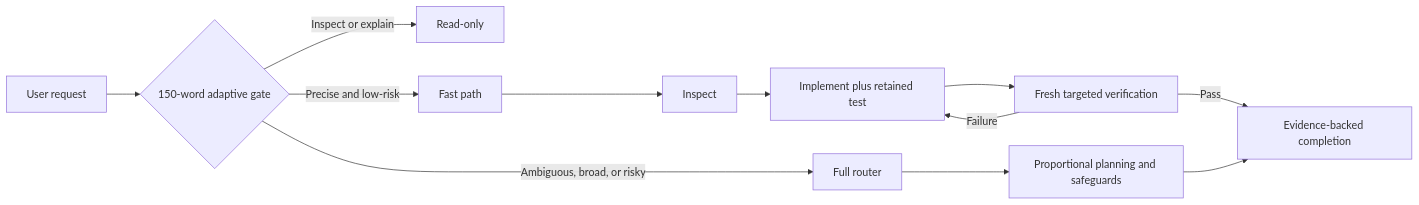
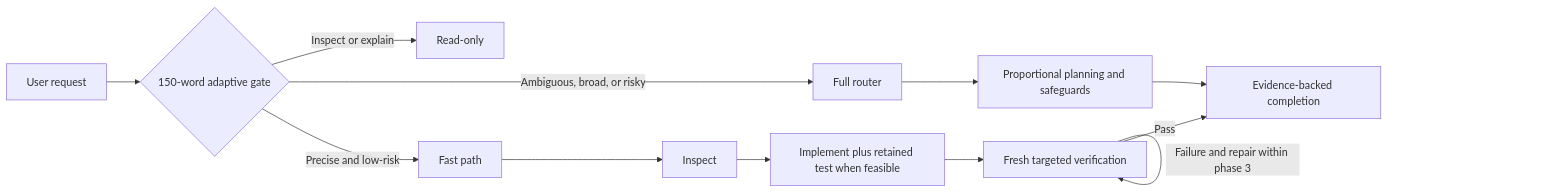
One commit to aididhaiqal/adaptive-superpowers changed the diagram in README.md. Above: the diagram before and after it, drawn with Mermaid. The commit also changed other lines of this file and 11 other files, not shown here.

````diff
--- a/README.md
+++ b/README.md
@@ -19,14 +19,14 @@
 ```mermaid
 flowchart LR
     R[User request] --> G{150-word adaptive gate}
     G -->|Inspect or explain| RO[Read-only]
     G -->|Precise and low-risk| FP[Fast path]
     G -->|Ambiguous, broad, or risky| FR[Full router]
     FP --> I[Inspect]
-    I --> C[Implement plus retained test]
+    I --> C[Implement plus retained test when feasible]
     C --> V[Fresh targeted verification]
-    V -->|Failure| C
+    V -->|Failure and repair within phase 3| V
     V -->|Pass| E[Evidence-backed completion]
     FR --> P[Proportional planning and safeguards]
     P --> E
 ```
````
